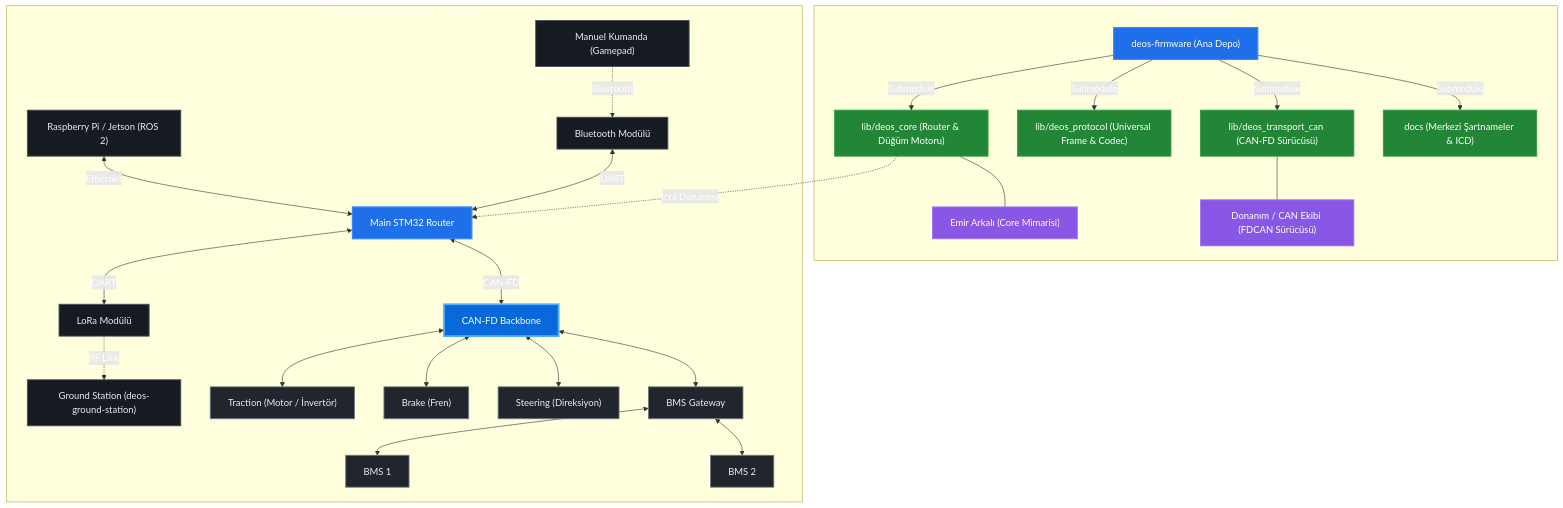
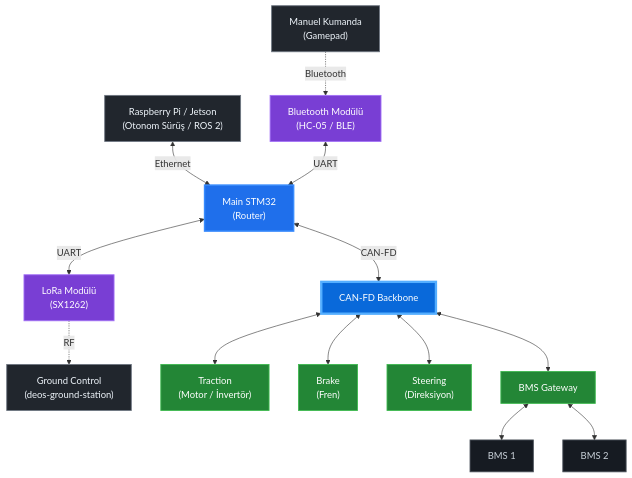
The second of 2 diagrams in README.md (DEUDEOS-Team/deos-firmware), drawn with Mermaid before and after one commit. The commit also changed other lines of this file, not shown here.

Commit message:
docs: separate repository architecture and vehicle hardware schematic into two distinct panels

````diff
--- a/README.md
+++ b/README.md
@@ -13,60 +47,40 @@
 ```mermaid
 graph TD
-    classDef root fill:#1f6feb,stroke:#388bfd,stroke-width:2px,color:#ffffff;
-    classDef sub fill:#238636,stroke:#2ea043,stroke-width:1.5px,color:#ffffff;
-    classDef dev fill:#8957e5,stroke:#a371f7,stroke-width:1.5px,color:#ffffff;
-    classDef hw fill:#161b22,stroke:#484f58,stroke-width:1.5px,color:#e6edf3;
-    classDef bus fill:#0969da,stroke:#54aeff,stroke-width:3px,color:#ffffff;
-    classDef node fill:#21262d,stroke:#6e7681,stroke-width:1.5px,color:#e6edf3;
+    classDef mcu fill:#1f6feb,stroke:#388bfd,stroke-width:2.5px,color:#ffffff;
+    classDef host fill:#21262d,stroke:#6e7681,stroke-width:1.5px,color:#f0f6fc;
+    classDef rf fill:#793ed4,stroke:#a371f7,stroke-width:1.5px,color:#ffffff;
+    classDef can fill:#238636,stroke:#3fb950,stroke-width:1.5px,color:#ffffff;
+    classDef bms fill:#161b22,stroke:#484f58,stroke-width:1.5px,color:#c9d1d9;
+    classDef bus fill:#0969da,stroke:#54aeff,stroke-width:4px,color:#ffffff;
 
-    subgraph REPOS ["Yazılım ve Depo Mimarisi"]
-        FW["deos-firmware (Ana Depo)"]:::root
-        CORE["lib/deos_core (Router & Düğüm Motoru)"]:::sub
-        PROTO["lib/deos_protocol (Universal Frame & Codec)"]:::sub
-        CAN_DRV["lib/deos_transport_can (CAN-FD Sürücüsü)"]:::sub
-        DOCS["docs (Merkezi Şartnameler & ICD)"]:::sub
+    RPI["Raspberry Pi / Jetson<br/>(Otonom Sürüş / ROS 2)"]:::host
+    MAIN["Main STM32<br/>(Router)"]:::mcu
 
-        FW -->|"Submodule"| CORE
-        FW -->|"Submodule"| PROTO
-        FW -->|"Submodule"| CAN_DRV
-        FW -->|"Submodule"| DOCS
+    JOY["Manuel Kumanda<br/>(Gamepad)"]:::host
+    BT["Bluetooth Modülü<br/>(HC-05 / BLE)"]:::rf
 
-        DEV_EMIR["Emir Arkalı (Core Mimarisi)"]:::dev
-        DEV_CAN["Donanım / CAN Ekibi (FDCAN Sürücüsü)"]:::dev
-        CORE --- DEV_EMIR
-        CAN_DRV --- DEV_CAN
-    end
+    LORA["LoRa Modülü<br/>(SX1262)"]:::rf
+    GCS["Ground Control<br/>(deos-ground-station)"]:::host
 
-    subgraph HARDWARE ["Donanım ve Haberleşme Topolojisi"]
-        MAIN["Main STM32 Router"]:::root
-        RPI["Raspberry Pi / Jetson (ROS 2)"]:::hw
-        BT["Bluetooth Modülü"]:::hw
-        JOY["Manuel Kumanda (Gamepad)"]:::hw
-        LORA["LoRa Modülü"]:::hw
-        GCS["Ground Station (deos-ground-station)"]:::hw
+    RPI <-->|"Ethernet"| MAIN
+    JOY -.->|"Bluetooth"| BT
+    BT <-->|"UART"| MAIN
+    MAIN <-->|"UART"| LORA
+    LORA -.->|"RF"| GCS
 
-        RPI <-->|"Ethernet"| MAIN
-        JOY -.->|"Bluetooth"| BT
-        BT <-->|"UART"| MAIN
-        MAIN <-->|"UART"| LORA
-        LORA -.->|"RF Link"| GCS
+    CAN_BUS["CAN-FD Backbone"]:::bus
+    TRACTION["Traction<br/>(Motor / İnvertör)"]:::can
+    BRAKE["Brake<br/>(Fren)"]:::can
+    STEERING["Steering<br/>(Direksiyon)"]:::can
+    BMS_GW["BMS Gateway"]:::can
+    BMS1["BMS 1"]:::bms
+    BMS2["BMS 2"]:::bms
 
-        CAN_BUS["CAN-FD Backbone"]:::bus
-        TRACTION["Traction (Motor / İnvertör)"]:::node
-        BRAKE["Brake (Fren)"]:::node
-        STEERING["Steering (Direksiyon)"]:::node
-        BMS_GW["BMS Gateway"]:::node
-        BMS1["BMS 1"]:::node
-        BMS2["BMS 2"]:::node
-
-        MAIN <-->|"CAN-FD"| CAN_BUS
-        CAN_BUS <--> TRACTION
-        CAN_BUS <--> BRAKE
-        CAN_BUS <--> STEERING
-        CAN_BUS <--> BMS_GW
-        BMS_GW <--> BMS1
-        BMS_GW <--> BMS2
-    end
-
-    CORE -.->|"İcra Donanımı"| MAIN
+    MAIN <-->|"CAN-FD"| CAN_BUS
+    CAN_BUS <--> TRACTION
+    CAN_BUS <--> BRAKE
+    CAN_BUS <--> STEERING
+    CAN_BUS <--> BMS_GW
+    BMS_GW <--> BMS1
+    BMS_GW <--> BMS2
 ```
````
